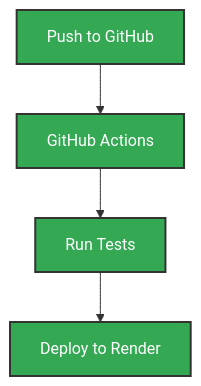
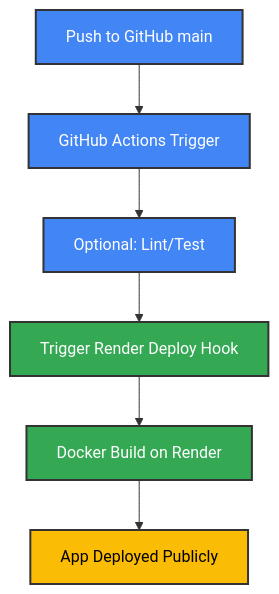
Before and after one commit to Sumanthcs4/Crop-Yield-Prediction: the second of 3 diagrams in README.md, drawn with Mermaid. The commit also changed other lines of this file, not shown here.

````diff
--- a/README.md
+++ b/README.md
@@ -35,9 +61,16 @@
 ```mermaid
 graph TD
-    A[Push to GitHub] --> B[GitHub Actions]
-    B --> C[Run Tests]
-    C --> D[Deploy to Render]
+    A[Push to GitHub main] --> B[GitHub Actions Trigger]
+    B --> C[Optional: Lint/Test]
+    C --> D[Trigger Render Deploy Hook]
+    D --> E[Docker Build on Render]
+    E --> F[App Deployed Publicly]
 
-    classDef stage fill:#34a853,stroke:#333,stroke-width:2px,color:white
-    class A,B,C,D stage
+    classDef process fill:#fbbc05,stroke:#333,stroke-width:2px,color:black
+    classDef success fill:#34a853,stroke:#333,stroke-width:2px,color:white
+    classDef trigger fill:#4285f4,stroke:#333,stroke-width:2px,color:white
+
+    class A,B,C trigger
+    class D,E success
+    class F process
 ```
````
